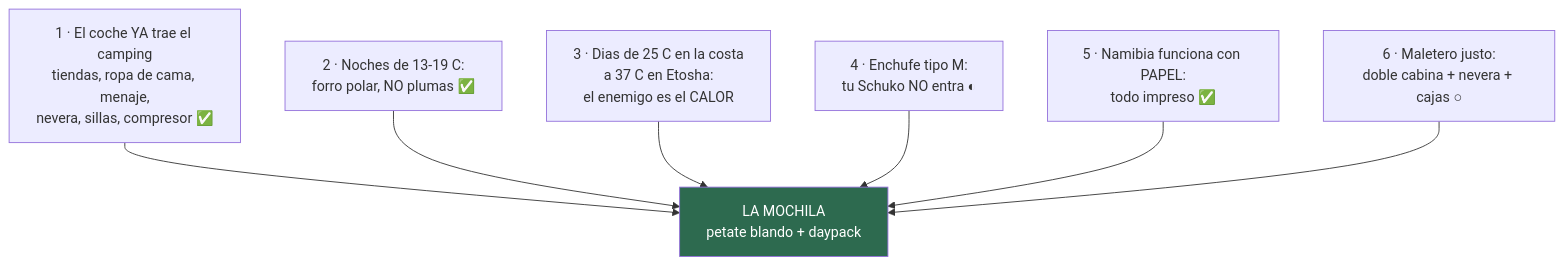
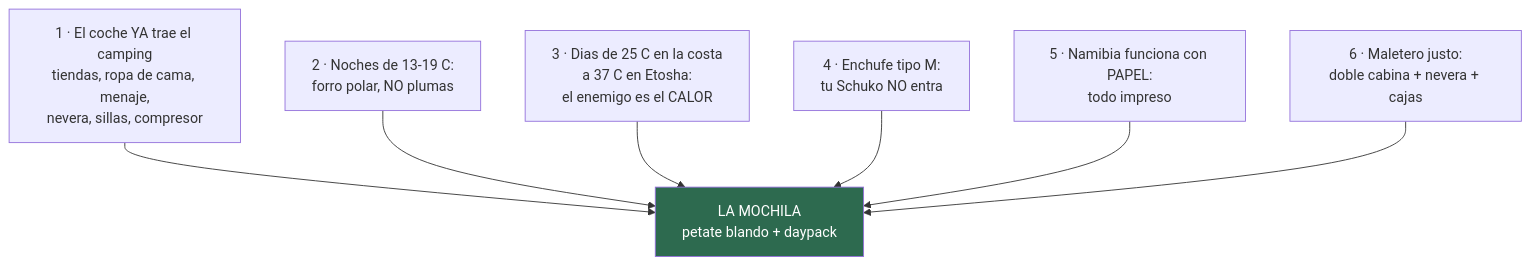
The diagram in 05-equipaje.md (morandeirachema/namibia), drawn with Mermaid before and after one commit. The commit also changed 14 other files, not shown here.

Commit message:
Arreglar el renderizado de los diagramas en GitHub: fuera emojis, negritas y barras ASCII de dentro de los nodos, que descuadraban la medida y recortaban el texto

````diff
--- a/05-equipaje.md
+++ b/05-equipaje.md
@@ -17,10 +17,10 @@
 ```mermaid
 flowchart TD
-    R1["1 · El coche YA trae el camping<br/>tiendas, ropa de cama, menaje,<br/>nevera, sillas, compresor ✅"] --> M["LA MOCHILA<br/>petate blando + daypack"]
-    R2["2 · Noches de 13-19 C:<br/>forro polar, NO plumas ✅"] --> M
+    R1["1 · El coche YA trae el camping<br/>tiendas, ropa de cama, menaje,<br/>nevera, sillas, compresor"] --> M["LA MOCHILA<br/>petate blando + daypack"]
+    R2["2 · Noches de 13-19 C:<br/>forro polar, NO plumas"] --> M
     R3["3 · Dias de 25 C en la costa<br/>a 37 C en Etosha:<br/>el enemigo es el CALOR"] --> M
-    R4["4 · Enchufe tipo M:<br/>tu Schuko NO entra ◐"] --> M
-    R5["5 · Namibia funciona con PAPEL:<br/>todo impreso ✅"] --> M
-    R6["6 · Maletero justo:<br/>doble cabina + nevera + cajas ○"] --> M
+    R4["4 · Enchufe tipo M:<br/>tu Schuko NO entra"] --> M
+    R5["5 · Namibia funciona con PAPEL:<br/>todo impreso"] --> M
+    R6["6 · Maletero justo:<br/>doble cabina + nevera + cajas"] --> M
     style M fill:#2d6a4f,color:#fff
 ```
````
